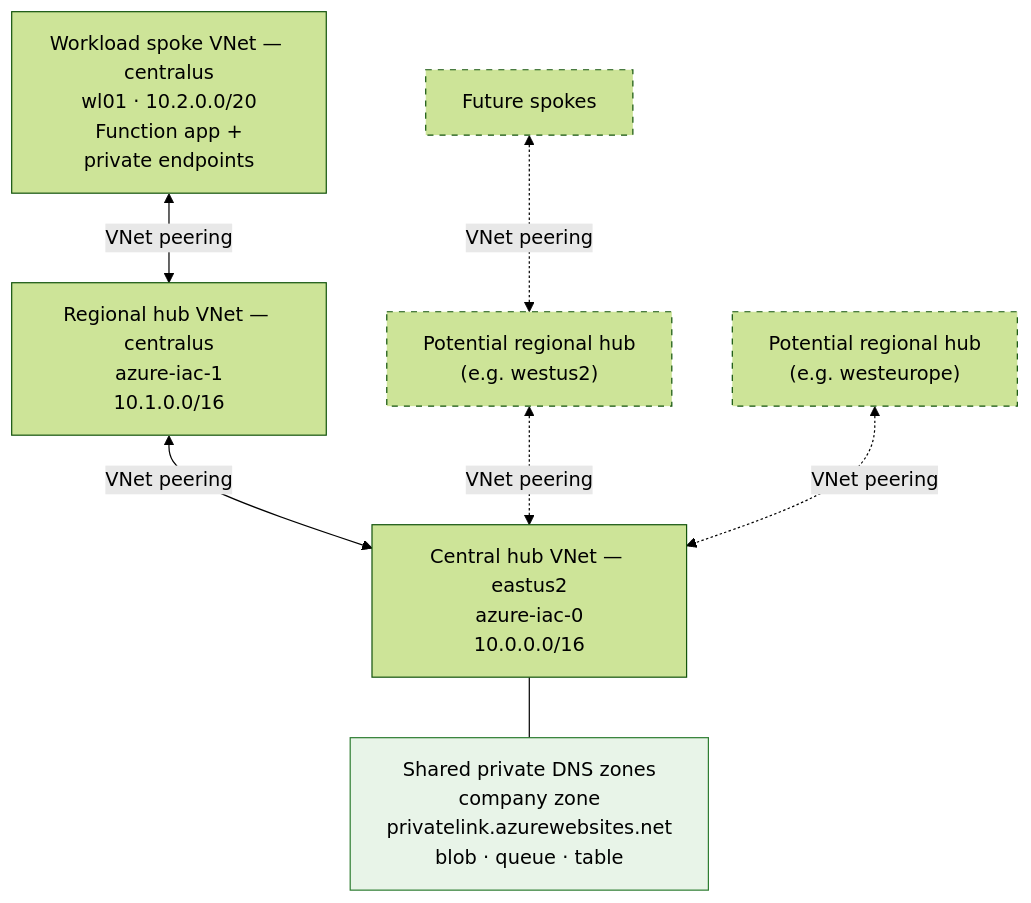
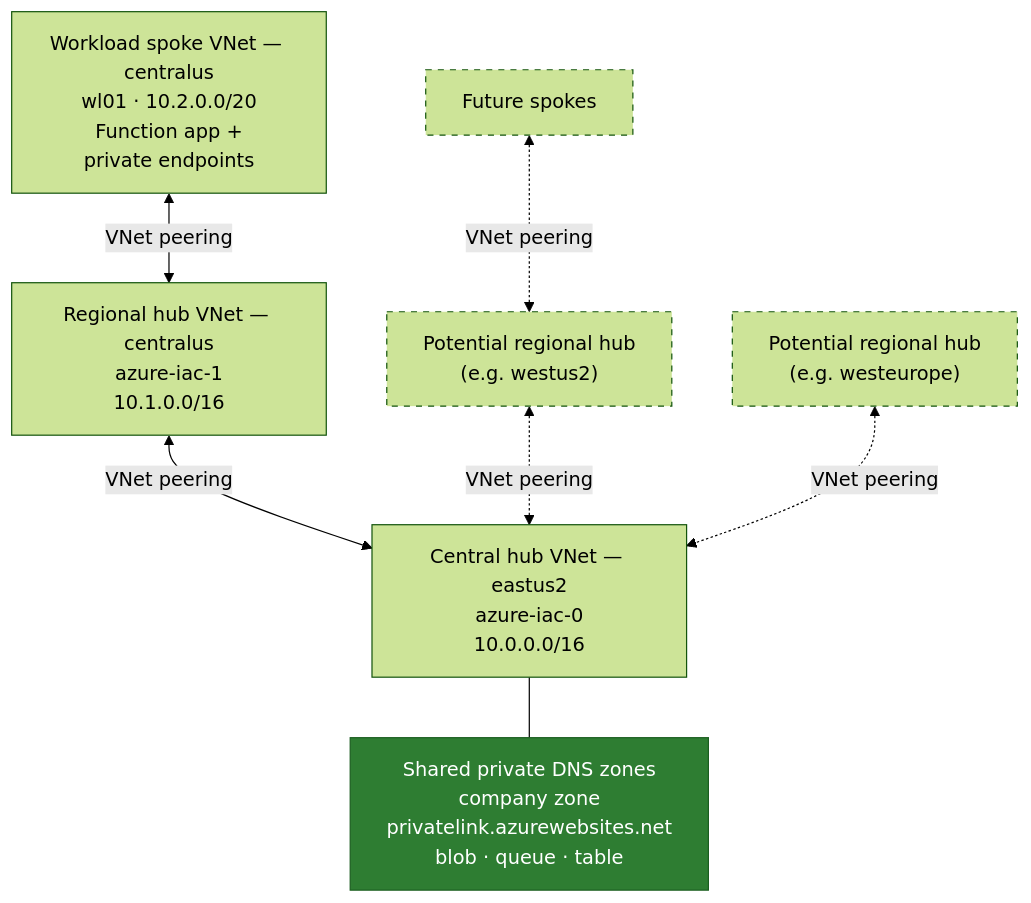
Before and after one commit to jshurak/azure-iac: the first of 2 diagrams in README.md, drawn with Mermaid (forest theme).

Commit message:
updating diagram

````diff
--- a/README.md
+++ b/README.md
@@ -15,23 +15,23 @@
 ```mermaid
 flowchart TB
   HUB0["Central hub VNet — eastus2<br/>azure-iac-0<br/>10.0.0.0/16"]
   DNS["Shared private DNS zones<br/>company zone<br/>privatelink.azurewebsites.net<br/>blob · queue · table"]
   HUB1["Regional hub VNet — centralus<br/>azure-iac-1<br/>10.1.0.0/16"]
   SPOKE["Workload spoke VNet — centralus<br/>wl01 · 10.2.0.0/20<br/>Function app +<br/>private endpoints"]
 
   HUBX["Potential regional hub<br/>(e.g. westus2)"]
   HUBY["Potential regional hub<br/>(e.g. westeurope)"]
   SPOKEX["Future spokes"]
 
   HUB0 --- DNS
   HUB1 <-- "VNet peering" --> HUB0
   SPOKE <-- "VNet peering" --> HUB1
   HUBX <-. "VNet peering" .-> HUB0
   HUBY <-. "VNet peering" .-> HUB0
   SPOKEX <-. "VNet peering" .-> HUBX
 
-  style DNS fill:#e8f4e8,stroke:#2e7d32
+  style DNS fill:#2e7d32,stroke:#1b5e20,color:#ffffff
   style HUBX stroke-dasharray: 5 5
   style HUBY stroke-dasharray: 5 5
   style SPOKEX stroke-dasharray: 5 5
 ```
````
